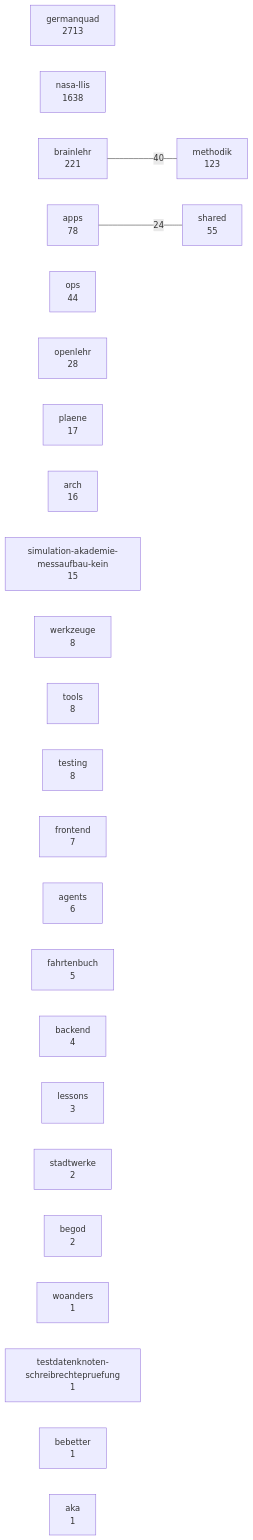
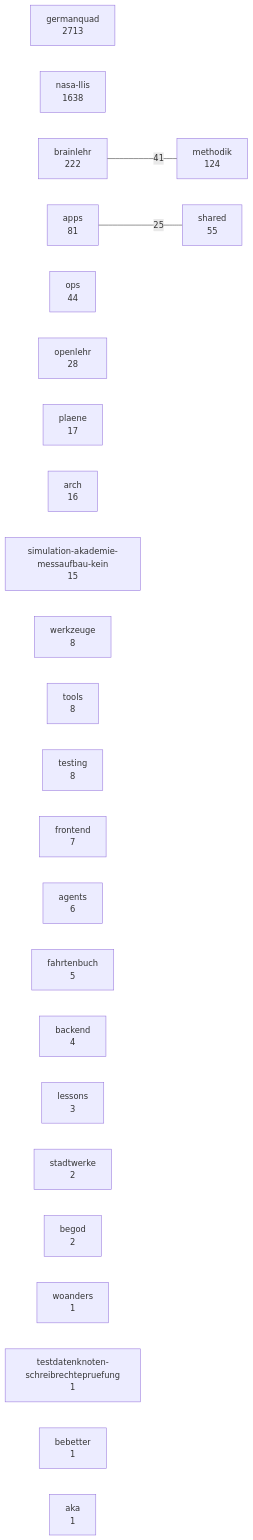
The diagram in docs/karten/bestand.md (3lehr/brainlehr), drawn with Mermaid before and after one commit. The commit also changed 4 other files, not shown here.

````diff
--- a/docs/karten/bestand.md
+++ b/docs/karten/bestand.md
@@ -5,30 +5,30 @@
 ```mermaid
 graph LR
   germanquad["germanquad<br/>2713"]
   nasa_llis["nasa-llis<br/>1638"]
-  brainlehr["brainlehr<br/>221"]
-  methodik["methodik<br/>123"]
-  apps["apps<br/>78"]
+  brainlehr["brainlehr<br/>222"]
+  methodik["methodik<br/>124"]
+  apps["apps<br/>81"]
   shared["shared<br/>55"]
   ops["ops<br/>44"]
   openlehr["openlehr<br/>28"]
   plaene["plaene<br/>17"]
   arch["arch<br/>16"]
   simulation_akademie_messaufbau_kein["simulation-akademie-messaufbau-kein<br/>15"]
   werkzeuge["werkzeuge<br/>8"]
   tools["tools<br/>8"]
   testing["testing<br/>8"]
   frontend["frontend<br/>7"]
   agents["agents<br/>6"]
   fahrtenbuch["fahrtenbuch<br/>5"]
   backend["backend<br/>4"]
   lessons["lessons<br/>3"]
   stadtwerke["stadtwerke<br/>2"]
   begod["begod<br/>2"]
   woanders["woanders<br/>1"]
   testdatenknoten_schreibrechtepruefung["testdatenknoten-schreibrechtepruefung<br/>1"]
   bebetter["bebetter<br/>1"]
   aka["aka<br/>1"]
-  brainlehr ---|40| methodik
-  apps ---|24| shared
+  brainlehr ---|41| methodik
+  apps ---|25| shared
 ```
````
